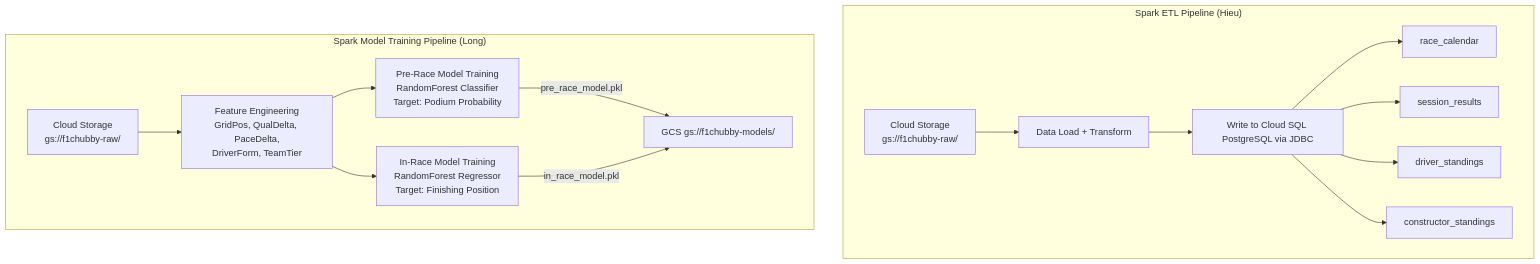
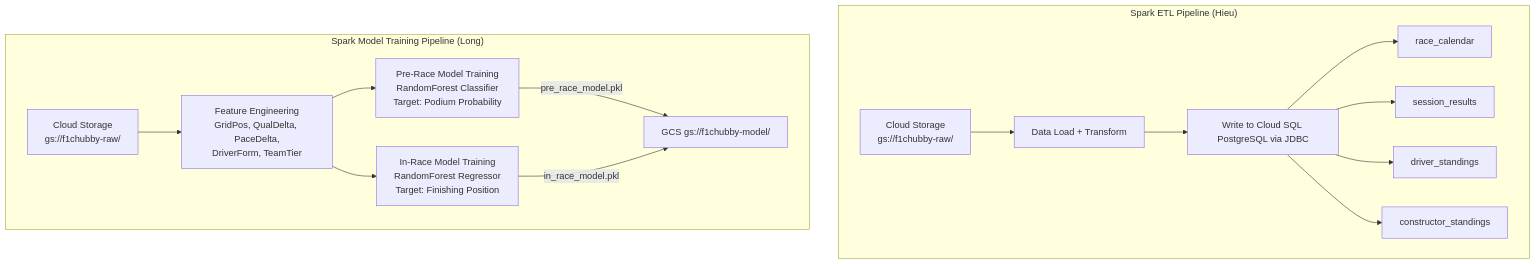
One commit to nmk-k66-uet/F1-Chubby-Data changed the second of 11 diagrams in revised_plan.md. Above: the diagram before and after it, drawn with Mermaid. The commit also changed other lines of this file and 9 other files, not shown here.

````diff
--- a/revised_plan.md
+++ b/revised_plan.md
@@ -68,19 +68,19 @@
 ```mermaid
 flowchart TD
     subgraph ETL ["Spark ETL Pipeline (Hieu)"]
         GCS_E[Cloud Storage<br/>gs://f1chubby-raw/] --> LOAD[Data Load + Transform]
         LOAD --> PG_WRITE[Write to Cloud SQL PostgreSQL via JDBC]
         PG_WRITE --> T1[race_calendar]
         PG_WRITE --> T2[session_results]
         PG_WRITE --> T3[driver_standings]
         PG_WRITE --> T4[constructor_standings]
     end
 
     subgraph TRAIN ["Spark Model Training Pipeline (Long)"]
         GCS_T[Cloud Storage<br/>gs://f1chubby-raw/] --> FEAT[Feature Engineering<br/>GridPos, QualDelta, PaceDelta,<br/>DriverForm, TeamTier]
         FEAT --> PRE_MODEL[Pre-Race Model Training<br/>RandomForest Classifier<br/>Target: Podium Probability]
         FEAT --> IN_MODEL[In-Race Model Training<br/>RandomForest Regressor<br/>Target: Finishing Position]
-        PRE_MODEL -->|pre_race_model.pkl| GCS_OUT[GCS gs://f1chubby-models/]
+        PRE_MODEL -->|pre_race_model.pkl| GCS_OUT[GCS gs://f1chubby-model/]
         IN_MODEL -->|in_race_model.pkl| GCS_OUT
     end
 ```
````
